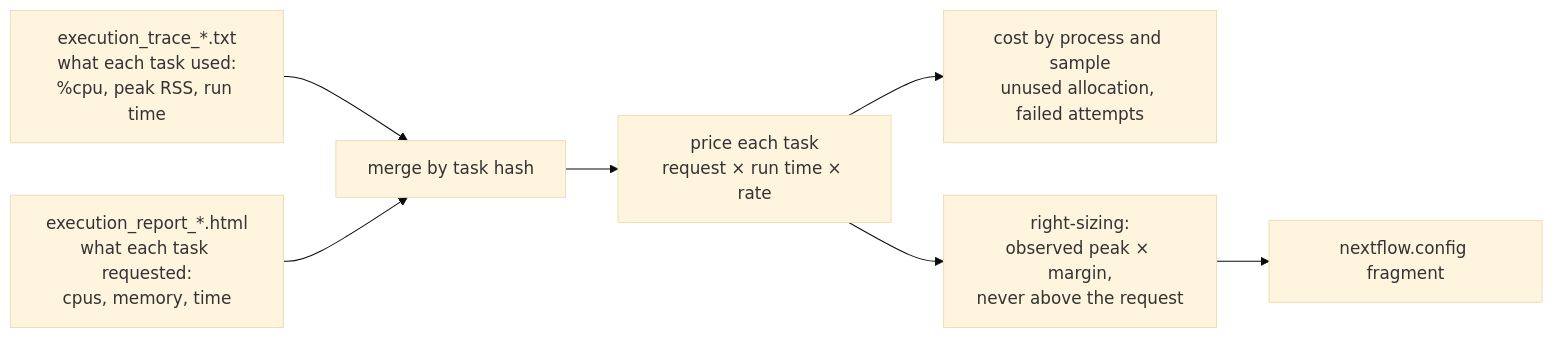
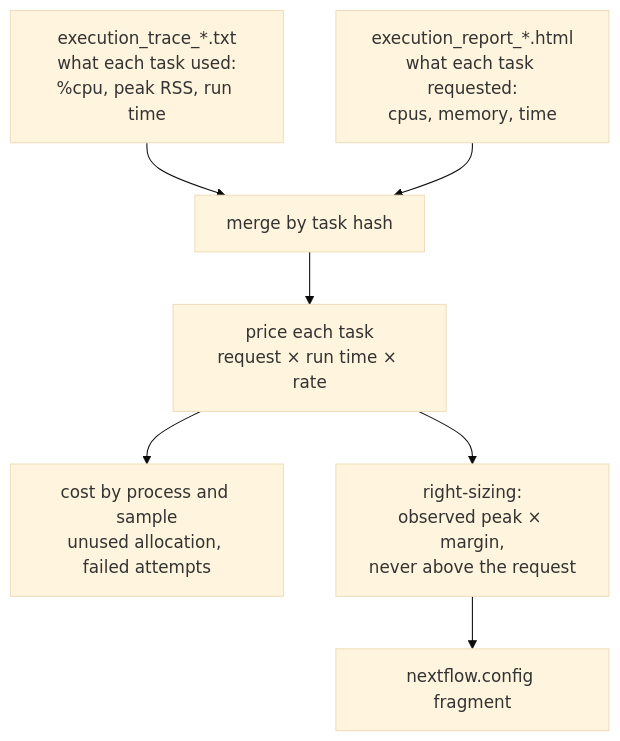
One commit to OtoYuki/nf-audit changed the diagram in README.md. Above: the diagram before and after it, drawn with Mermaid (base theme).

Commit message:
README: top-down diagram so it fits the page

````diff
--- a/README.md
+++ b/README.md
@@ -85,9 +85,9 @@
 ```mermaid
-flowchart LR
+flowchart TD
     T["execution_trace_*.txt<br/>what each task used:<br/>%cpu, peak RSS, run time"] --> M["merge by task hash"]
     R["execution_report_*.html<br/>what each task requested:<br/>cpus, memory, time"] --> M
     M --> P["price each task<br/>request × run time × rate"]
     P --> A["cost by process and sample<br/>unused allocation, failed attempts"]
     P --> S["right-sizing:<br/>observed peak × margin,<br/>never above the request"]
     S --> C["nextflow.config fragment"]
 ```
````
